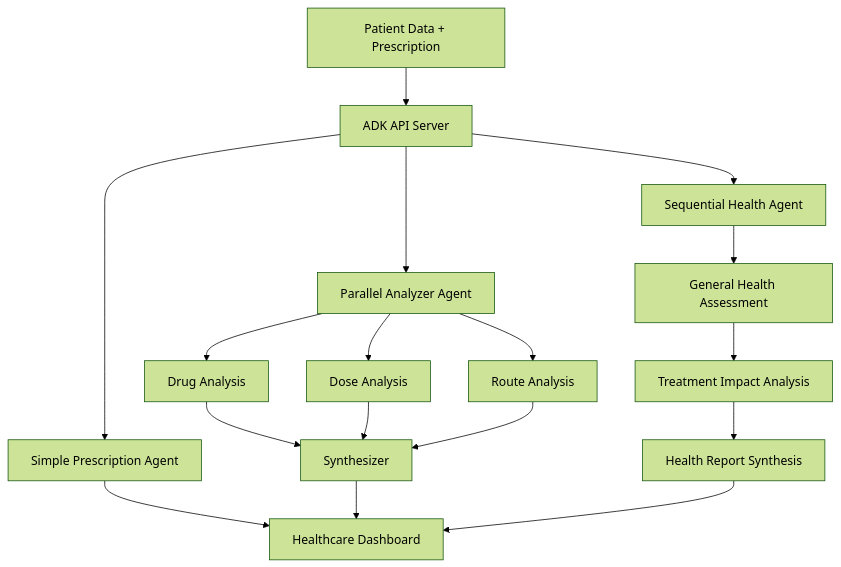
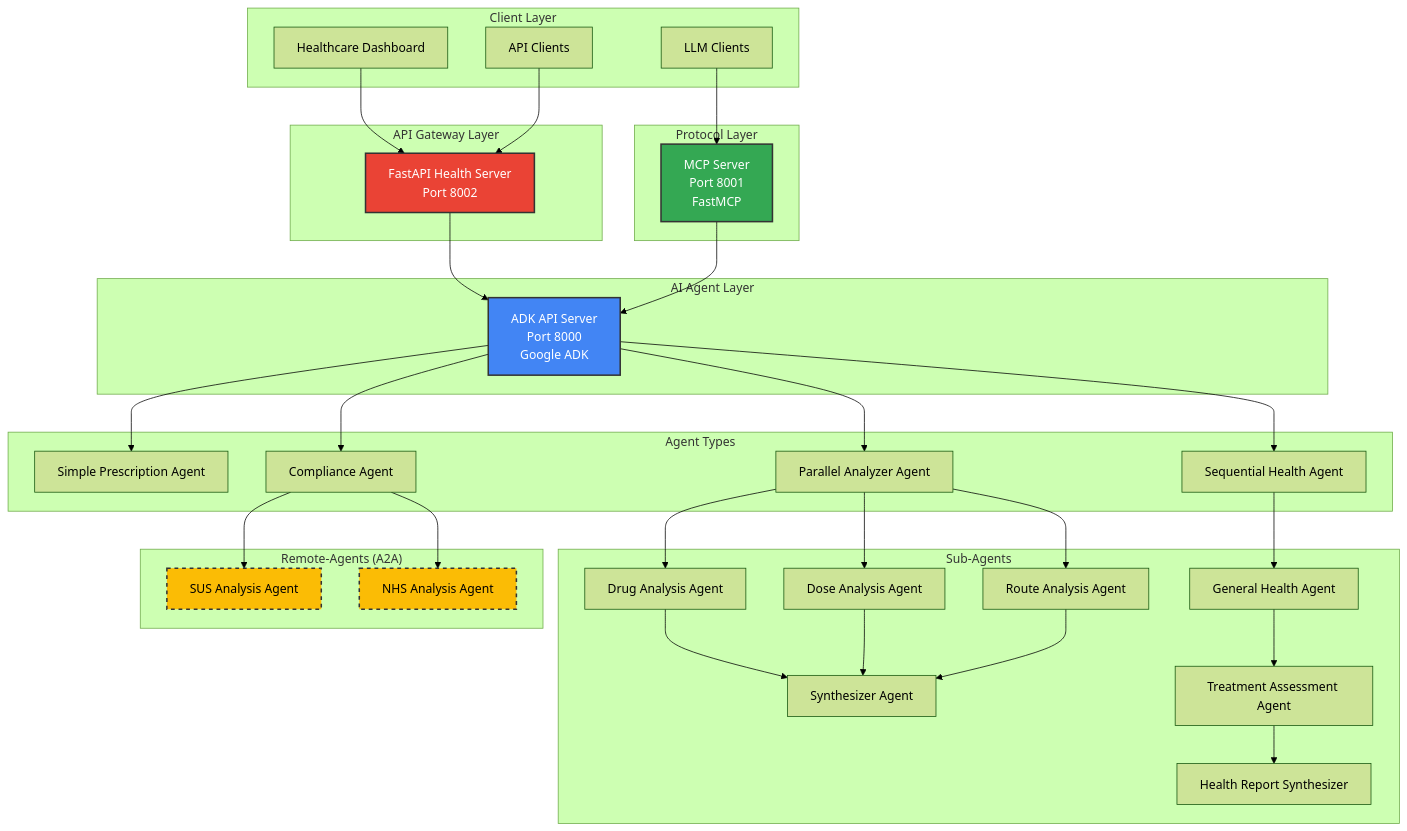
Before and after one commit to xValentim/adk-grun-health: the first of 2 diagrams in README.md, drawn with Mermaid (forest theme). The commit also changed other lines of this file and 5 other files, not shown here.

````diff
--- a/README.md
+++ b/README.md
@@ -44,23 +68,74 @@
 ```mermaid
-graph TD
-    A[Patient Data + Prescription] -->  B[ADK API Server]
-    B --> C[Simple Prescription Agent]
-    B --> D[Parallel Analyzer Agent]  
-    B --> E[Sequential Health Agent]
+graph TB
+    subgraph "Client Layer"
+        UI[Healthcare Dashboard]
+        API_CLIENT[API Clients]
+        LLM_CLIENT[LLM Clients]
+    end
     
-    D --> F[Drug Analysis]
-    D --> G[Dose Analysis] 
-    D --> H[Route Analysis]
+    subgraph "API Gateway Layer"
+        FASTAPI[FastAPI Health Server<br/>Port 8002]
+    end
+    
+    subgraph "Protocol Layer"  
+        MCP[MCP Server<br/>Port 8001<br/>FastMCP]
+    end
+    
+    subgraph "AI Agent Layer"
+        ADK[ADK API Server<br/>Port 8000<br/>Google ADK]
+    end
+    
+    subgraph "Agent Types"
+        SIMPLE[Simple Prescription Agent]
+        PARALLEL[Parallel Analyzer Agent] 
+        SEQUENTIAL[Sequential Health Agent]
+        COMPLIANCE[Compliance Agent]
+    end
+    
+    subgraph "Sub-Agents"
+        DRUG[Drug Analysis Agent]
+        DOSE[Dose Analysis Agent]
+        ROUTE[Route Analysis Agent]
+        SYNTH1[Synthesizer Agent]
+        
+        GENERAL[General Health Agent]
+        TREATMENT[Treatment Assessment Agent]
+        SYNTH2[Health Report Synthesizer]
+    end
 
-    F --> I[Synthesizer]
-    G --> I
-    H --> I
+    subgraph "Remote-Agents (A2A)"
+        SUS_COMPLIANCE[SUS Analysis Agent]
+        NHS_COMPLIANCE[NHS Analysis Agent]
+    end
     
-    E --> J[General Health Assessment]
-    J --> K[Treatment Impact Analysis]
-    K --> L[Health Report Synthesis]
+    UI --> FASTAPI
+    API_CLIENT --> FASTAPI
+    FASTAPI --> ADK
+    LLM_CLIENT --> MCP
+    MCP --> ADK
     
-    C --> O[Healthcare Dashboard]
-    I --> O
-    L --> O
+    ADK --> SIMPLE
+    ADK --> PARALLEL
+    ADK --> SEQUENTIAL
+    ADK --> COMPLIANCE
+    
+    PARALLEL --> DRUG
+    PARALLEL --> DOSE  
+    PARALLEL --> ROUTE
+    DRUG --> SYNTH1
+    DOSE --> SYNTH1
+    ROUTE --> SYNTH1
+    
+    SEQUENTIAL --> GENERAL
+    GENERAL --> TREATMENT
+    TREATMENT --> SYNTH2
+
+    COMPLIANCE --> SUS_COMPLIANCE
+    COMPLIANCE --> NHS_COMPLIANCE
+    
+    style ADK fill:#4285f4,stroke:#333,stroke-width:2px,color:#fff
+    style MCP fill:#34a853,stroke:#333,stroke-width:2px,color:#fff
+    style FASTAPI fill:#ea4335,stroke:#333,stroke-width:2px,color:#fff
+    style SUS_COMPLIANCE fill:#fbbc05,stroke:#333,stroke-width:2px,stroke-dasharray: 5 5,color:#000
+    style NHS_COMPLIANCE fill:#fbbc05,stroke:#333,stroke-width:2px,stroke-dasharray: 5 5,color:#000
 ```
````
